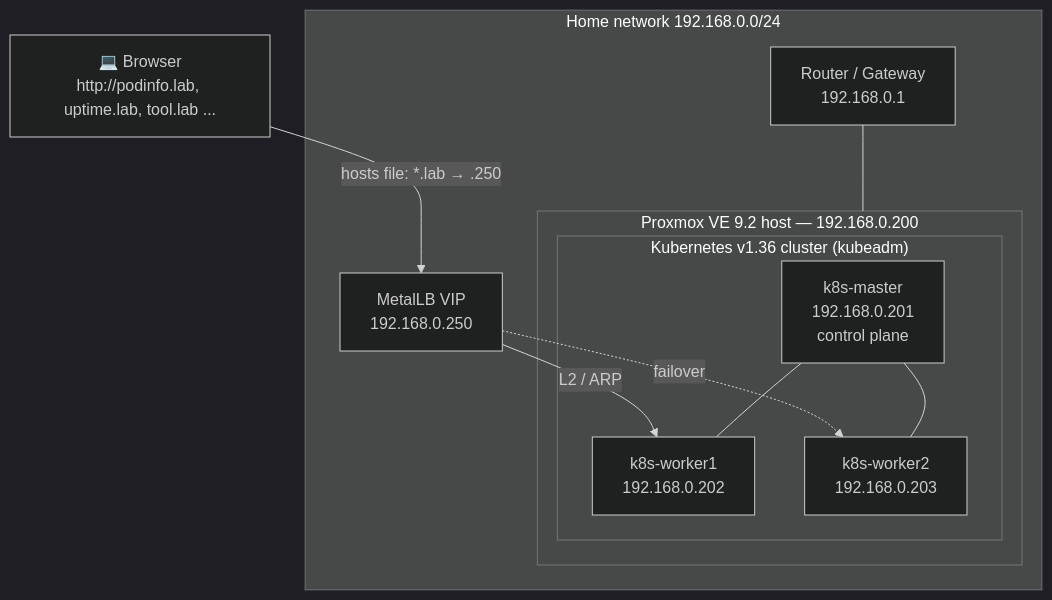
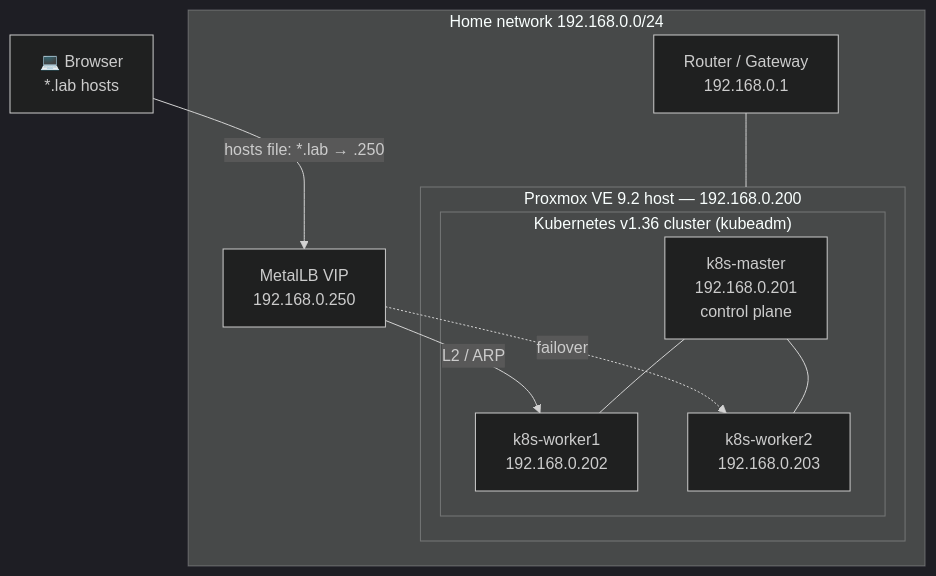
Before and after one commit to umuttvar/homelab-k8s: the first of 3 diagrams in README.md, drawn with Mermaid (dark theme). The commit also changed other lines of this file and 10 other files, not shown here.

````diff
--- a/README.md
+++ b/README.md
@@ -24,25 +36,25 @@
 ```mermaid
 flowchart TB
-    browser["💻 Browser<br/>http://podinfo.lab, uptime.lab, tool.lab ..."]
+    browser["💻 Browser<br/>*.lab hosts"]
 
     subgraph home["Home network 192.168.0.0/24"]
         router["Router / Gateway<br/>192.168.0.1"]
 
         subgraph pve["Proxmox VE 9.2 host — 192.168.0.200"]
             subgraph k8s["Kubernetes v1.36 cluster (kubeadm)"]
                 master["k8s-master<br/>192.168.0.201<br/>control plane"]
                 w1["k8s-worker1<br/>192.168.0.202"]
                 w2["k8s-worker2<br/>192.168.0.203"]
             end
         end
 
         vip["MetalLB VIP<br/>192.168.0.250"]
     end
 
     browser -->|"hosts file: *.lab → .250"| vip
     vip -->|"L2 / ARP"| w1
     vip -.->|"failover"| w2
     master --- w1
     master --- w2
     router --- pve
 ```
````
